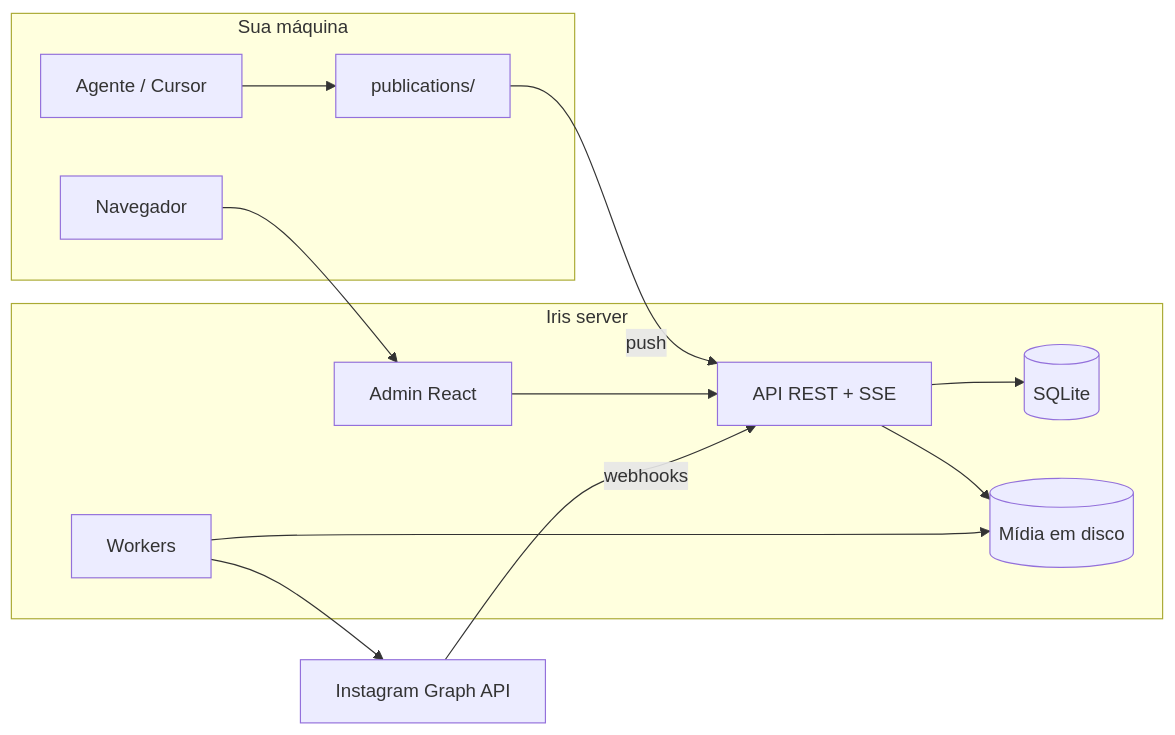
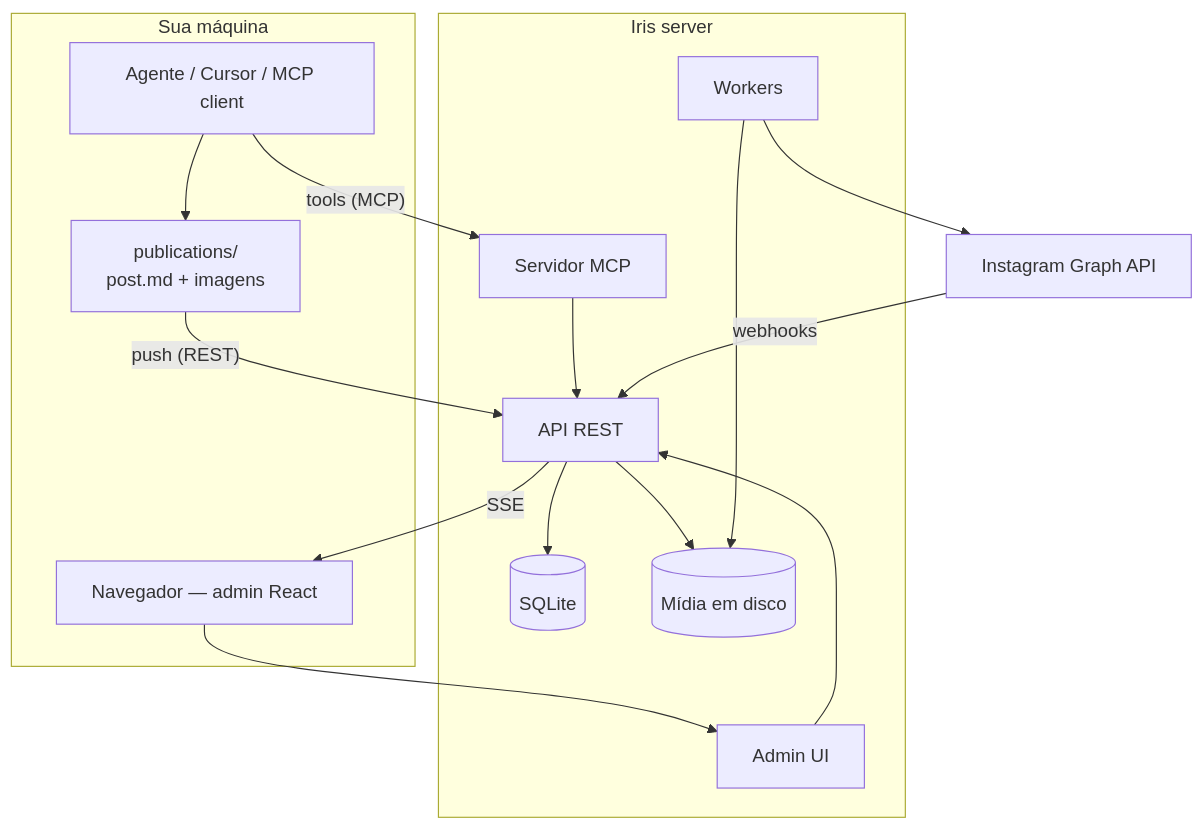
Before and after one commit to colabcolibri/iris: the diagram in README.md, drawn with Mermaid. The commit also changed other lines of this file and 23 other files, not shown here.

````diff
--- a/README.md
+++ b/README.md
@@ -34,28 +83,32 @@
 ```mermaid
-flowchart LR
-  subgraph local [Sua máquina]
-    Agent[Agente / Cursor]
-    Pub[publications/]
-    Browser[Navegador]
+flowchart TB
+  subgraph local ["Sua máquina"]
+    Agent["Agente / Cursor / MCP client"]
+    Pub["publications/<br/>post.md + imagens"]
+    Browser["Navegador — admin React"]
   end
 
-  subgraph iris [Iris server]
-    API[API REST + SSE]
-    UI[Admin React]
-    Workers[Workers]
-    DB[(SQLite)]
-    Media[(Mídia em disco)]
+  subgraph iris ["Iris server"]
+    API["API REST"]
+    MCP["Servidor MCP"]
+    UI["Admin UI"]
+    Workers["Workers"]
+    DB[("SQLite")]
+    Media[("Mídia em disco")]
   end
 
-  Meta[Instagram Graph API]
+  Meta["Instagram Graph API"]
 
   Agent --> Pub
-  Pub -->|push| API
+  Pub -->|"push (REST)"| API
+  Agent -->|"tools (MCP)"| MCP
+  MCP --> API
   Browser --> UI
   UI --> API
   API --> DB
   API --> Media
   Workers --> Media
   Workers --> Meta
-  Meta -->|webhooks| API
+  Meta -->|"webhooks"| API
+  API -->|"SSE"| Browser
 ```
````
